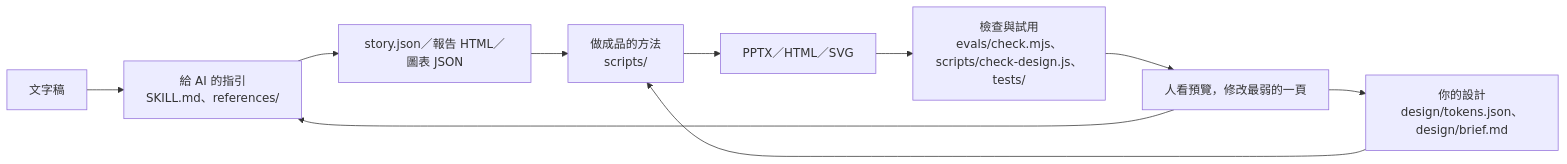
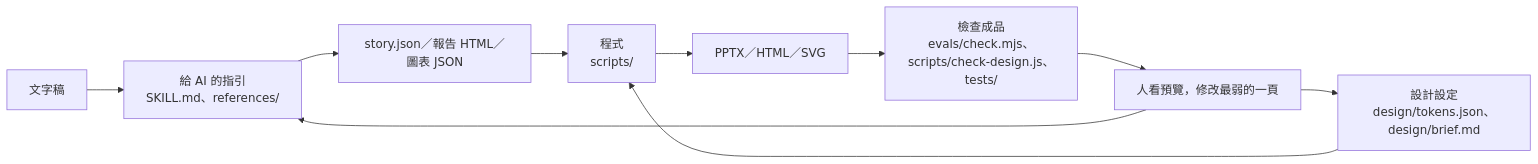
One commit to isaac-ys-lin/skills changed the diagram in README.md. Above: the diagram before and after it, drawn with Mermaid. The commit also changed other lines of this file and 19 other files, not shown here.

````diff
--- a/README.md
+++ b/README.md
@@ -7,12 +9,12 @@
 ```mermaid
 flowchart LR
   A[文字稿] --> B["給 AI 的指引<br/>SKILL.md、references/"]
   B --> C[story.json／報告 HTML／圖表 JSON]
-  D["你的設計<br/>design/tokens.json、design/brief.md"] --> E
-  C --> E["做成品的方法<br/>scripts/"]
+  D["設計設定<br/>design/tokens.json、design/brief.md"] --> E
+  C --> E["程式<br/>scripts/"]
   E --> F[PPTX／HTML／SVG]
-  F --> G["檢查與試用<br/>evals/check.mjs、scripts/check-design.js、tests/"]
+  F --> G["檢查成品<br/>evals/check.mjs、scripts/check-design.js、tests/"]
   G --> H[人看預覽，修改最弱的一頁]
   H --> B
   H --> D
 ```
````
